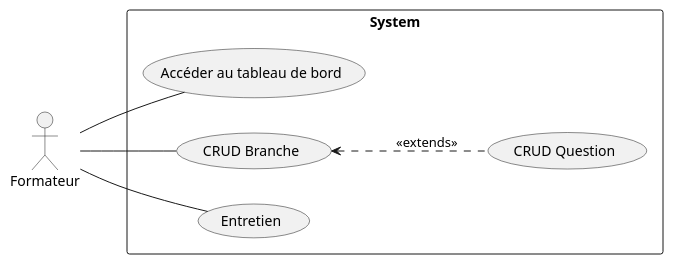
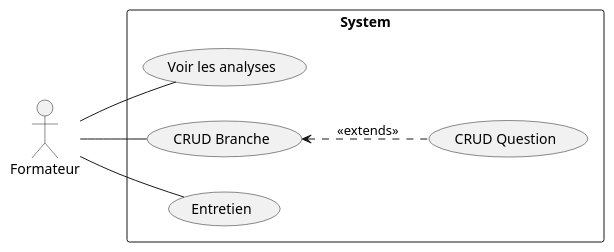
Before and after one commit to Suirita/14.UI_UX: the diagram in Idéation/Cas_utilisation.pu, drawn with PlantUML. The commit also changed 16 other files, not shown here.

```diff
--- a/Idéation/Cas_utilisation.pu
+++ b/Idéation/Cas_utilisation.pu
@@ -1,14 +1,14 @@
 @startuml Cas_utilisation
 left to right direction
 actor "Formateur" as fr
 rectangle System {
-  usecase "Accéder au tableau de bord" as UC1
+  usecase "Voir les analyses" as UC1
   usecase "CRUD Branche" as UC2
   usecase "CRUD Question" as UC3
   usecase "Entretien" as UC4
 }
 fr -- UC1
 fr -- UC2
 UC2 <.. UC3 : <<extends>>
 fr -- UC4
 @enduml
```
